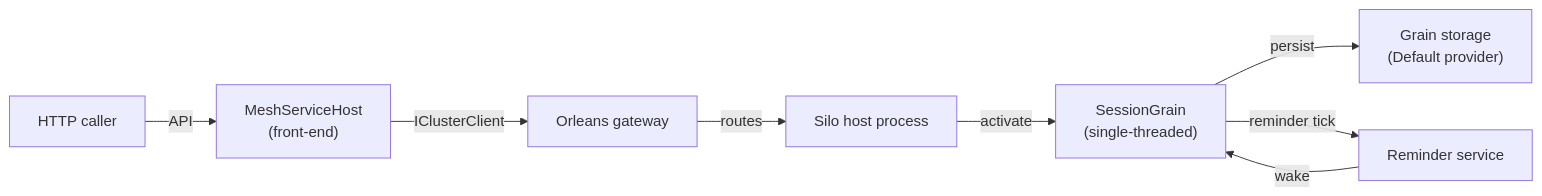
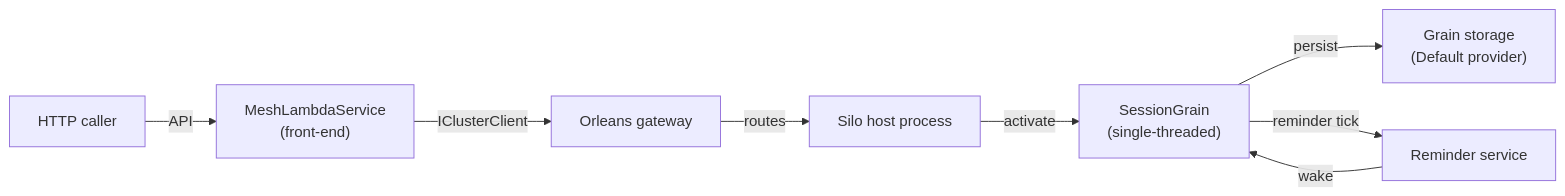
The diagram in docs/orleans-stateful-grain-example.md (abstractivemachines/toska-mesh-cs), drawn with Mermaid before and after one commit. The commit also changed other lines of this file and 32 other files, not shown here.

First line of the commit message:
Rename MeshServiceHost to MeshLambdaService

````diff
--- a/docs/orleans-stateful-grain-example.md
+++ b/docs/orleans-stateful-grain-example.md
@@ -9,10 +9,10 @@
 ```mermaid
 flowchart LR
-    Client["HTTP caller"] -->|API| MeshHost["MeshServiceHost\n(front-end)"]
+    Client["HTTP caller"] -->|API| MeshHost["MeshLambdaService\n(front-end)"]
     MeshHost -->|IClusterClient| Gateway["Orleans gateway"]
     Gateway -->|routes| Silo["Silo host process"]
     Silo -->|activate| Grain["SessionGrain\n(single-threaded)"]
     Grain -->|persist| Storage["Grain storage\n(Default provider)"]
     Grain -->|reminder tick| Reminder["Reminder service"]
     Reminder -->|wake| Grain
 ```
````
